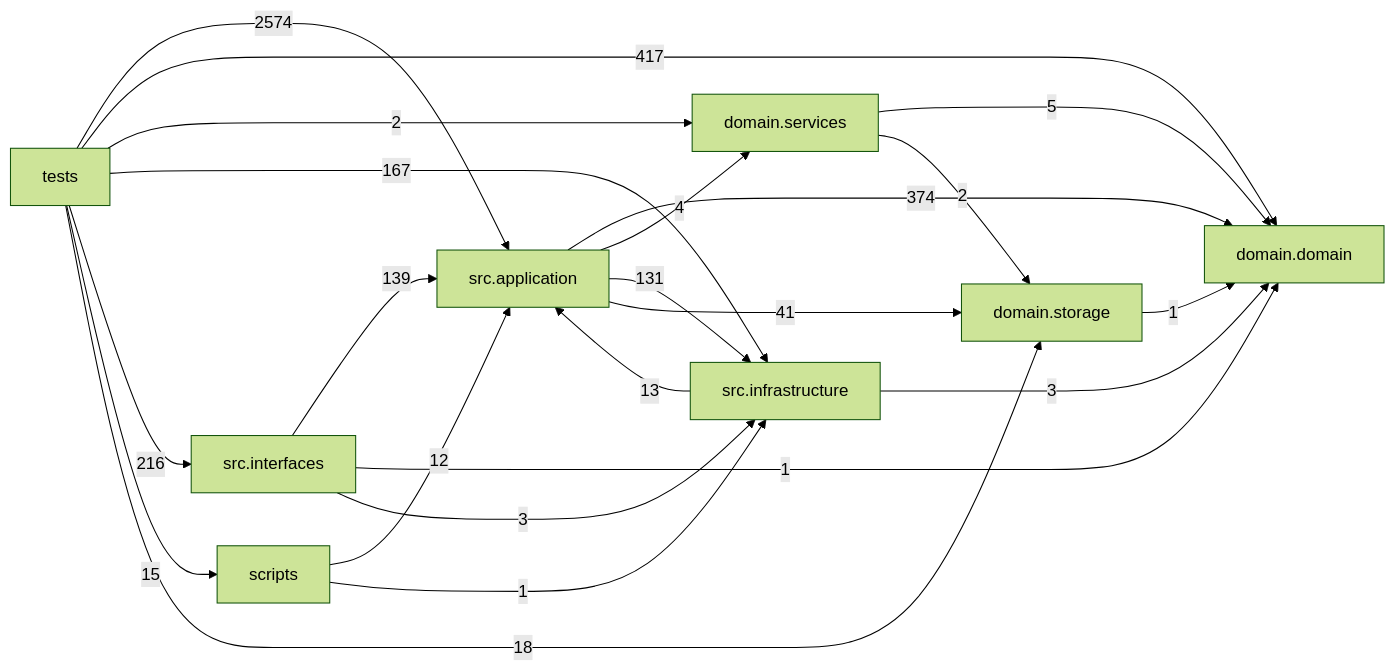
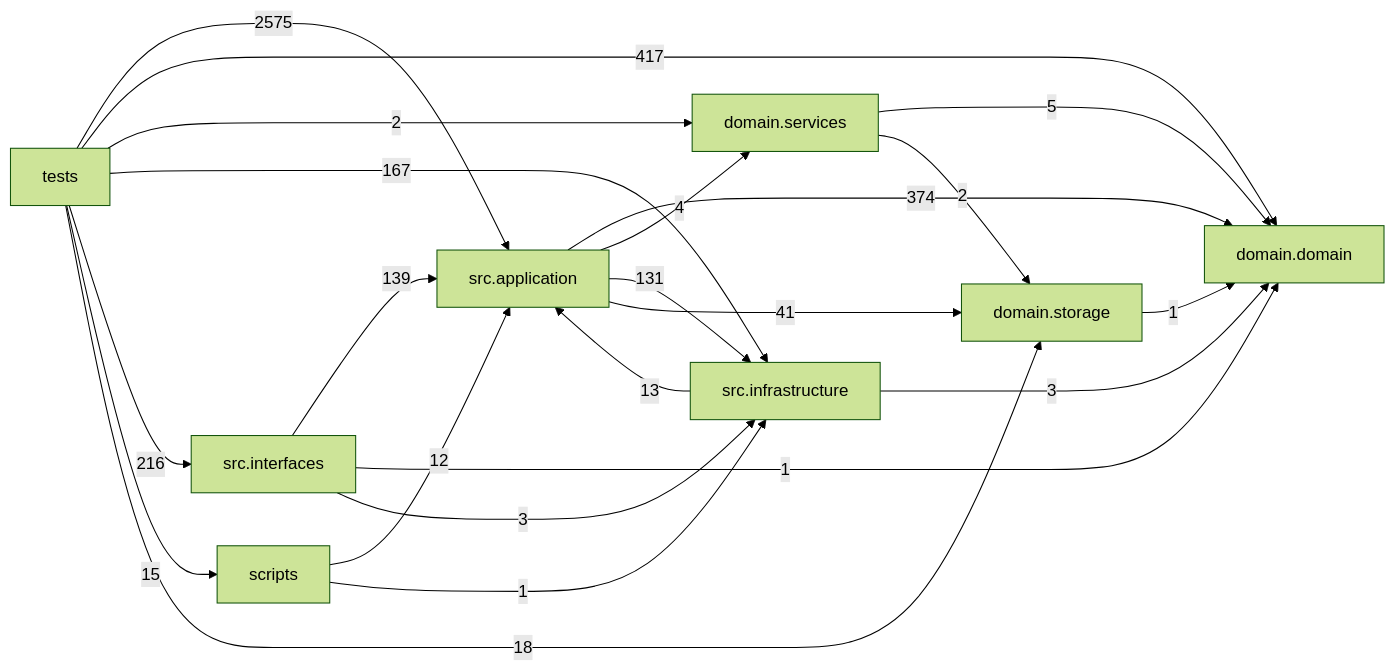
One commit to liuxie066/options-monitor changed the diagram in docs/DEPENDENCY_GRAPH.md. Above: the diagram before and after it, drawn with Mermaid (forest theme). The commit also changed other lines of this file, not shown here.

Commit message:
chore(docs): regenerate dependency graph after combo-yield rank int seal

````diff
--- a/docs/DEPENDENCY_GRAPH.md
+++ b/docs/DEPENDENCY_GRAPH.md
@@ -24,32 +24,32 @@
 ```mermaid
 flowchart LR
   tests["tests"]
   scripts["scripts"]
   interfaces["src.interfaces"]
   application["src.application"]
   infrastructure["src.infrastructure"]
   domain_services["domain.services"]
   domain["domain.domain"]
   storage["domain.storage"]
   application -->|374| domain
   application -->|4| domain_services
   application -->|131| infrastructure
   application -->|41| storage
   domain_services -->|5| domain
   domain_services -->|2| storage
   infrastructure -->|13| application
   infrastructure -->|3| domain
   interfaces -->|139| application
   interfaces -->|1| domain
   interfaces -->|3| infrastructure
   scripts -->|12| application
   scripts -->|1| infrastructure
   storage -->|1| domain
-  tests -->|2574| application
+  tests -->|2575| application
   tests -->|417| domain
   tests -->|2| domain_services
   tests -->|167| infrastructure
   tests -->|216| interfaces
   tests -->|15| scripts
   tests -->|18| storage
 ```
````
